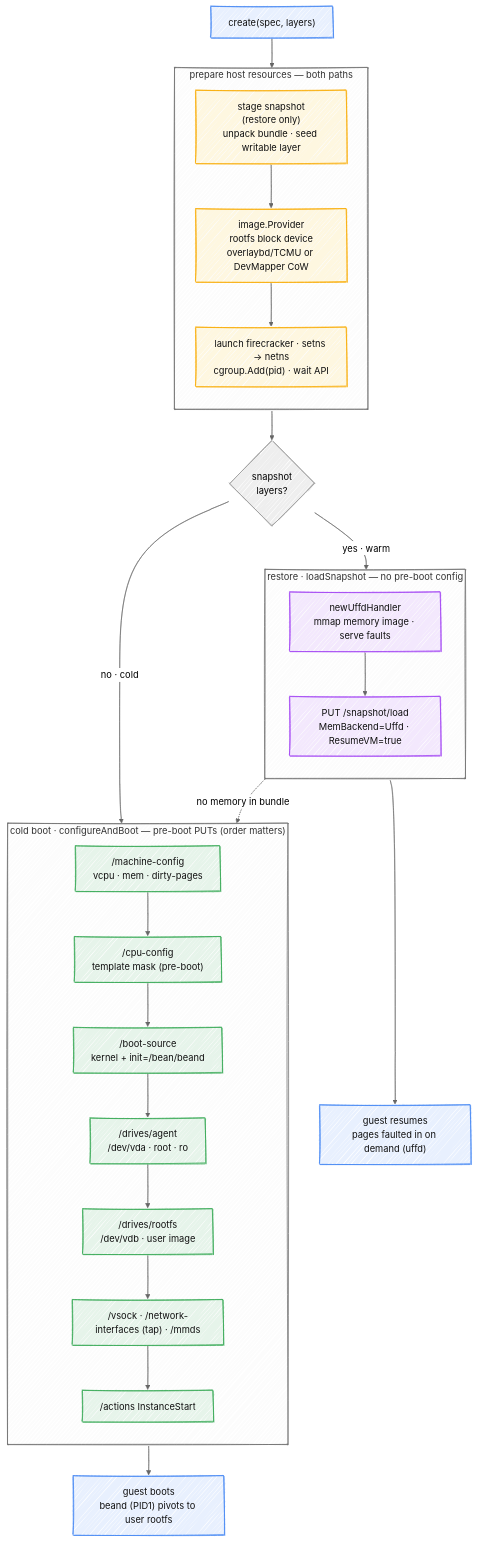
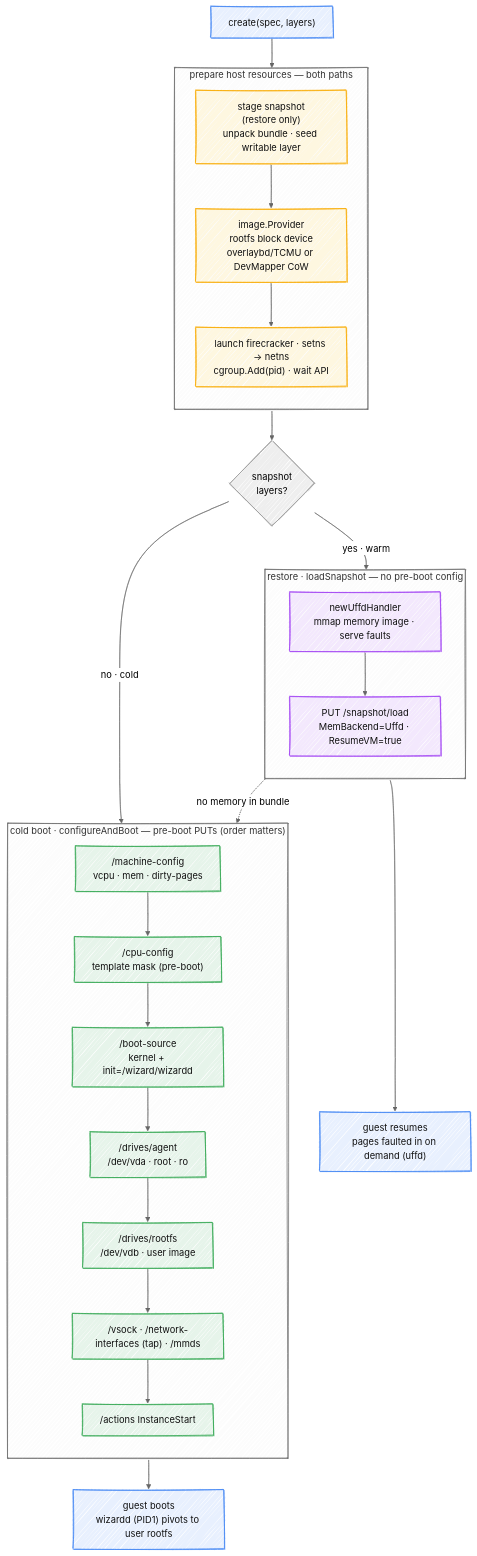
One commit to garysng/bean changed the fourth of 5 diagrams in docs/architecture-diagrams.md. Above: the diagram before and after it, drawn with Mermaid. The commit also changed other lines of this file and 326 other files, not shown here.

First line of the commit message:
rename project bean -> wizard

````diff
--- a/docs/architecture-diagrams.md
+++ b/docs/architecture-diagrams.md
@@ -192,60 +192,60 @@
 ```mermaid
 ---
 config:
   look: handDrawn
   theme: neutral
   flowchart:
     curve: basis
 ---
 flowchart TB
   SPEC["create(spec, layers)"]
 
   subgraph PREP["prepare host resources — both paths"]
     direction TB
     STAGE["stage snapshot<br>(restore only)<br>unpack bundle · seed writable layer"]
     ROOTFS["image.Provider<br>rootfs block device<br>overlaybd/TCMU or DevMapper CoW"]
     LAUNCH["launch firecracker · setns → netns<br>cgroup.Add(pid) · wait API"]
     STAGE --> ROOTFS --> LAUNCH
   end
 
   BRANCH{"snapshot<br>layers?"}
 
   subgraph COLD["cold boot · configureAndBoot — pre-boot PUTs (order matters)"]
     direction TB
     MC["/machine-config<br>vcpu · mem · dirty-pages"]
     CPU["/cpu-config<br>template mask (pre-boot)"]
-    BOOT["/boot-source<br>kernel + init=/bean/beand"]
+    BOOT["/boot-source<br>kernel + init=/wizard/wizardd"]
     DA["/drives/agent<br>/dev/vda · root · ro"]
     DR["/drives/rootfs<br>/dev/vdb · user image"]
     REST["/vsock · /network-interfaces (tap) · /mmds"]
     START["/actions InstanceStart"]
     MC --> CPU --> BOOT --> DA --> DR --> REST --> START
   end
 
   subgraph WARM["restore · loadSnapshot — no pre-boot config"]
     direction TB
     UFFD["newUffdHandler<br>mmap memory image · serve faults"]
     LOAD["PUT /snapshot/load<br>MemBackend=Uffd · ResumeVM=true"]
     UFFD --> LOAD
   end
 
-  GB["guest boots<br>beand (PID1) pivots to user rootfs"]
+  GB["guest boots<br>wizardd (PID1) pivots to user rootfs"]
   GR["guest resumes<br>pages faulted in on demand (uffd)"]
 
   SPEC --> STAGE
   LAUNCH --> BRANCH
   BRANCH -- "no · cold" --> MC
   BRANCH -- "yes · warm" --> UFFD
   LOAD -. "no memory in bundle" .-> MC
   START --> GB
   LOAD --> GR
 
   classDef entry fill:#E8F0FE,stroke:#4285F4,color:#111;
   classDef prep fill:#FEF7E0,stroke:#F9AB00,color:#111;
   classDef cfg fill:#E6F4EA,stroke:#34A853,color:#111;
   classDef warm fill:#F3E8FD,stroke:#A142F4,color:#111;
   class SPEC,GB,GR entry;
   class STAGE,ROOTFS,LAUNCH prep;
   class MC,CPU,BOOT,DA,DR,REST,START cfg;
   class UFFD,LOAD warm;
 ```
````
